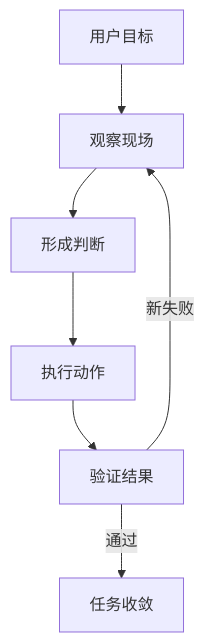
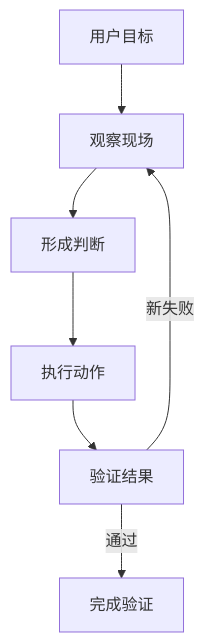
Before and after one commit to WryGill/wrygill.github.io: the first of 3 diagrams in posts/2026-07-08-agent-harness-llm-complex-tasks.md, drawn with Mermaid. The commit also changed other lines of this file and 13 other files, not shown here.

````diff
--- a/posts/2026-07-08-agent-harness-llm-complex-tasks.md
+++ b/posts/2026-07-08-agent-harness-llm-complex-tasks.md
@@ -50,9 +38,9 @@
 ```mermaid
 graph TD
     Goal[用户目标] --> Observe[观察现场]
     Observe --> Judge[形成判断]
     Judge --> Act[执行动作]
     Act --> Verify[验证结果]
     Verify -->|新失败| Observe
-    Verify -->|通过| Done[任务收敛]
+    Verify -->|通过| Done[完成验证]
 ```
````
